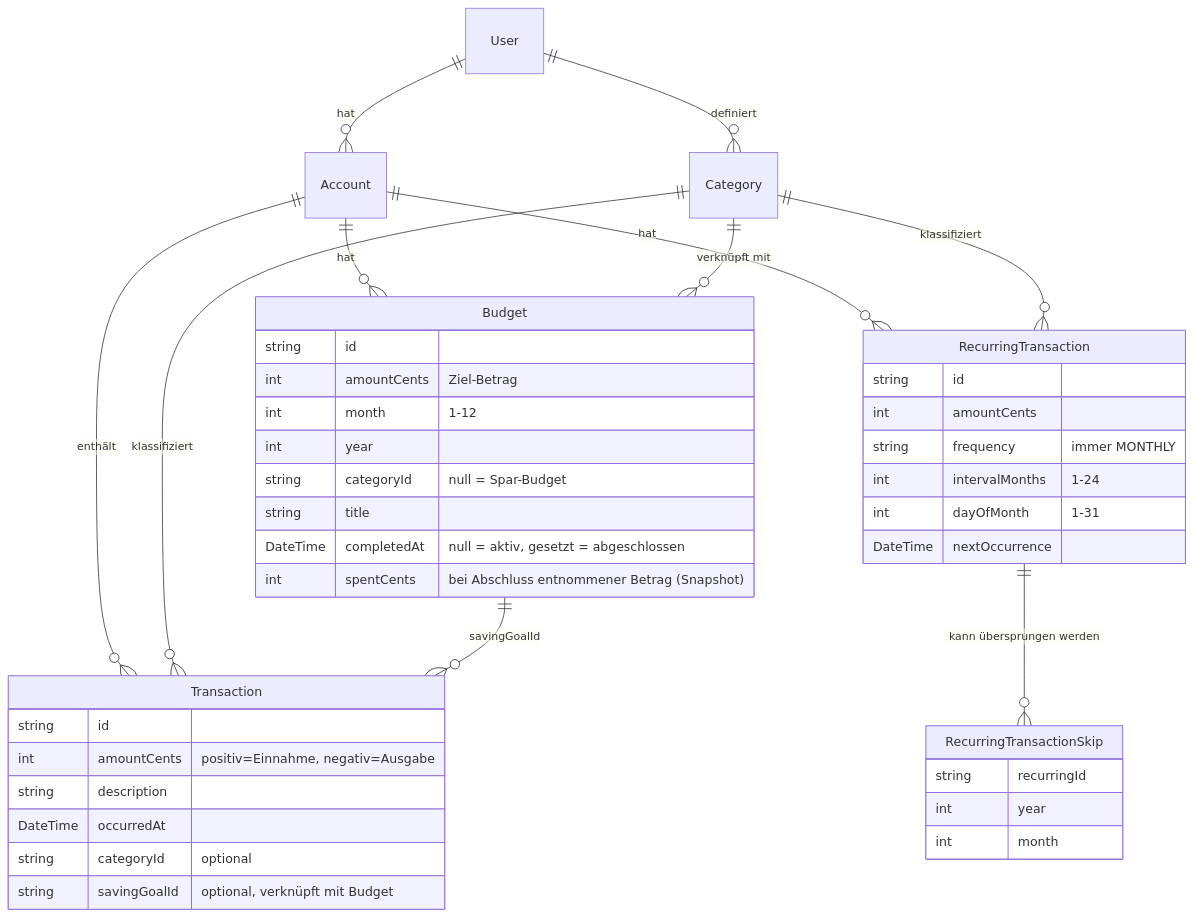
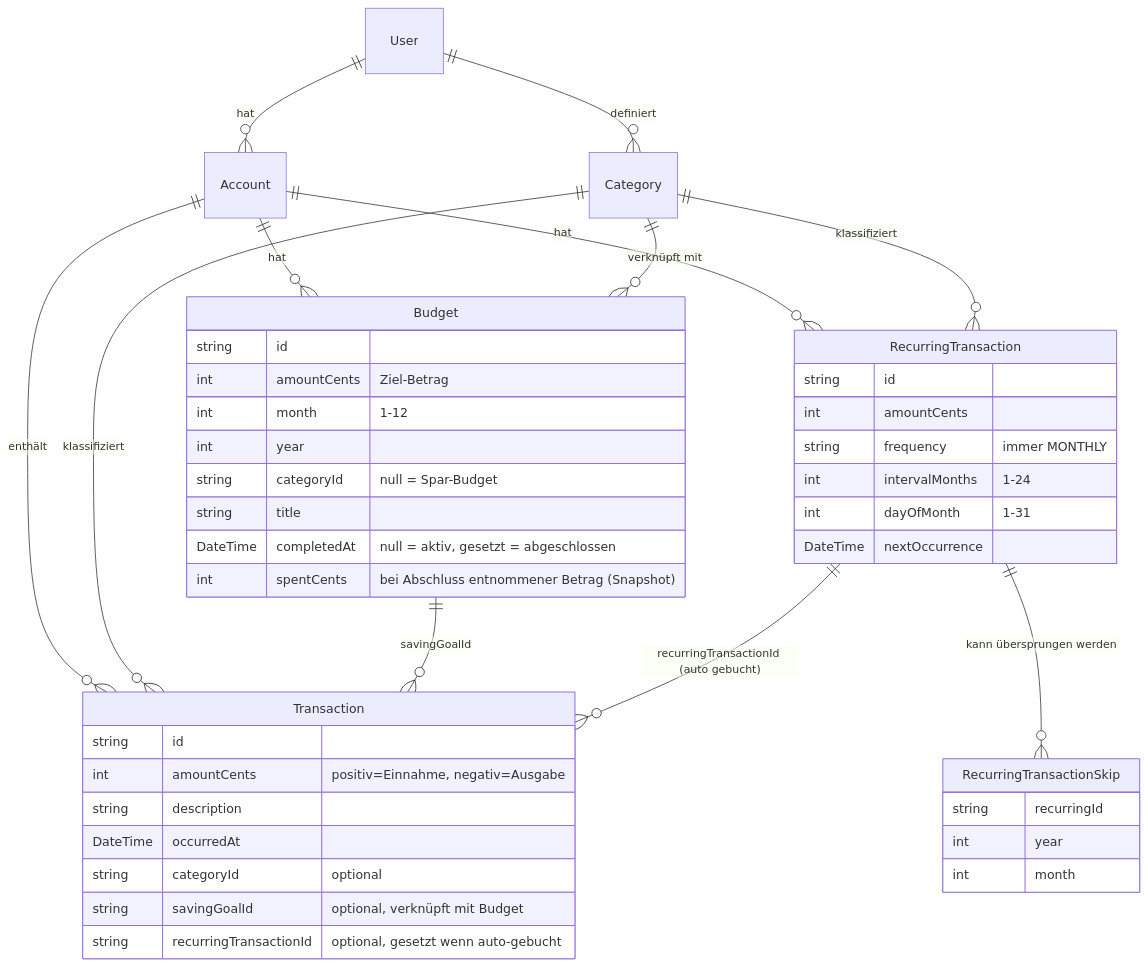
One commit to konradthiemann/Doewe changed the diagram in docs/calculations/README.md. Above: the diagram before and after it, drawn with Mermaid. The commit also changed other lines of this file and 12 other files, not shown here.

````diff
--- a/docs/calculations/README.md
+++ b/docs/calculations/README.md
@@ -28,48 +28,50 @@
 ```mermaid
 erDiagram
     User ||--o{ Account : "hat"
     User ||--o{ Category : "definiert"
     Account ||--o{ Transaction : "enthält"
     Account ||--o{ RecurringTransaction : "hat"
     Account ||--o{ Budget : "hat"
     Category ||--o{ Transaction : "klassifiziert"
     Category ||--o{ RecurringTransaction : "klassifiziert"
     Category ||--o{ Budget : "verknüpft mit"
     Budget ||--o{ Transaction : "savingGoalId"
     RecurringTransaction ||--o{ RecurringTransactionSkip : "kann übersprungen werden"
+    RecurringTransaction ||--o{ Transaction : "recurringTransactionId (auto gebucht)"
 
     Transaction {
         string id
         int amountCents "positiv=Einnahme, negativ=Ausgabe"
         string description
         DateTime occurredAt
         string categoryId "optional"
         string savingGoalId "optional, verknüpft mit Budget"
+        string recurringTransactionId "optional, gesetzt wenn auto-gebucht"
     }
 
     RecurringTransaction {
         string id
         int amountCents
         string frequency "immer MONTHLY"
         int intervalMonths "1-24"
         int dayOfMonth "1-31"
         DateTime nextOccurrence
     }
 
     Budget {
         string id
         int amountCents "Ziel-Betrag"
         int month "1-12"
         int year
         string categoryId "null = Spar-Budget"
         string title
         DateTime completedAt "null = aktiv, gesetzt = abgeschlossen"
         int spentCents "bei Abschluss entnommener Betrag (Snapshot)"
     }
 
     RecurringTransactionSkip {
         string recurringId
         int year
         int month
     }
 ```
````
